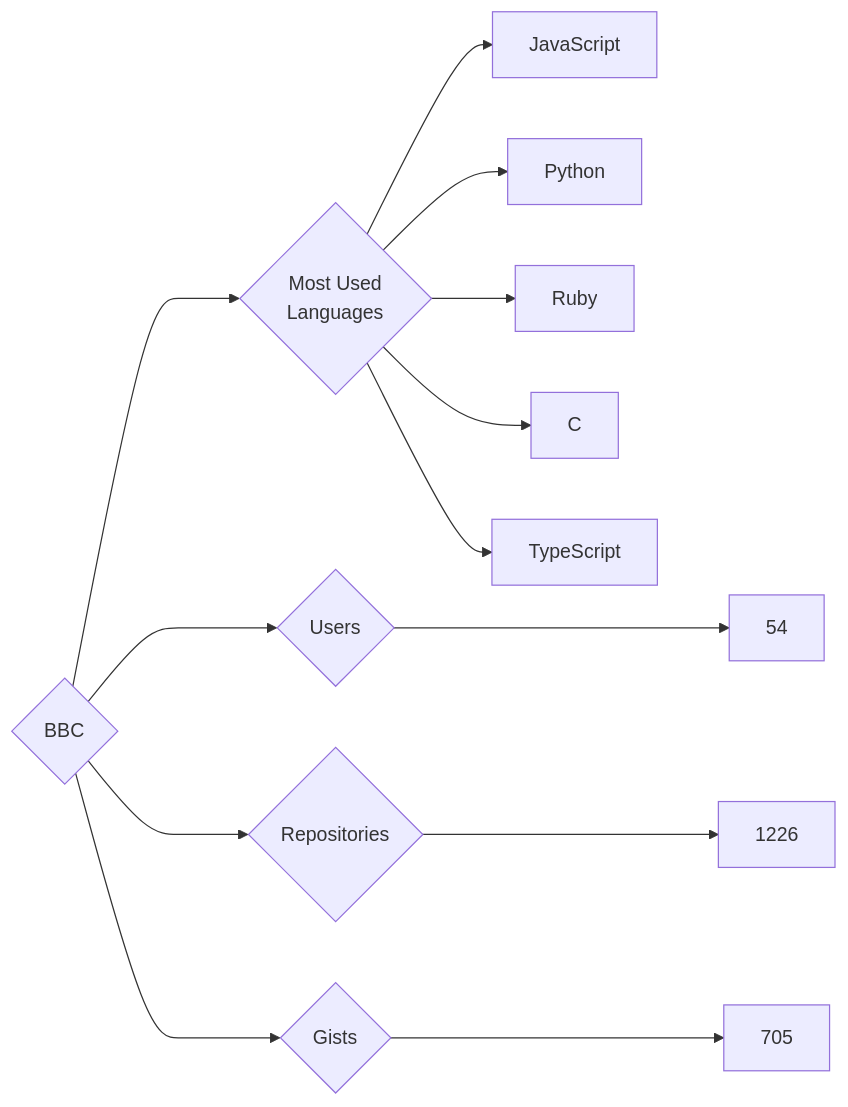
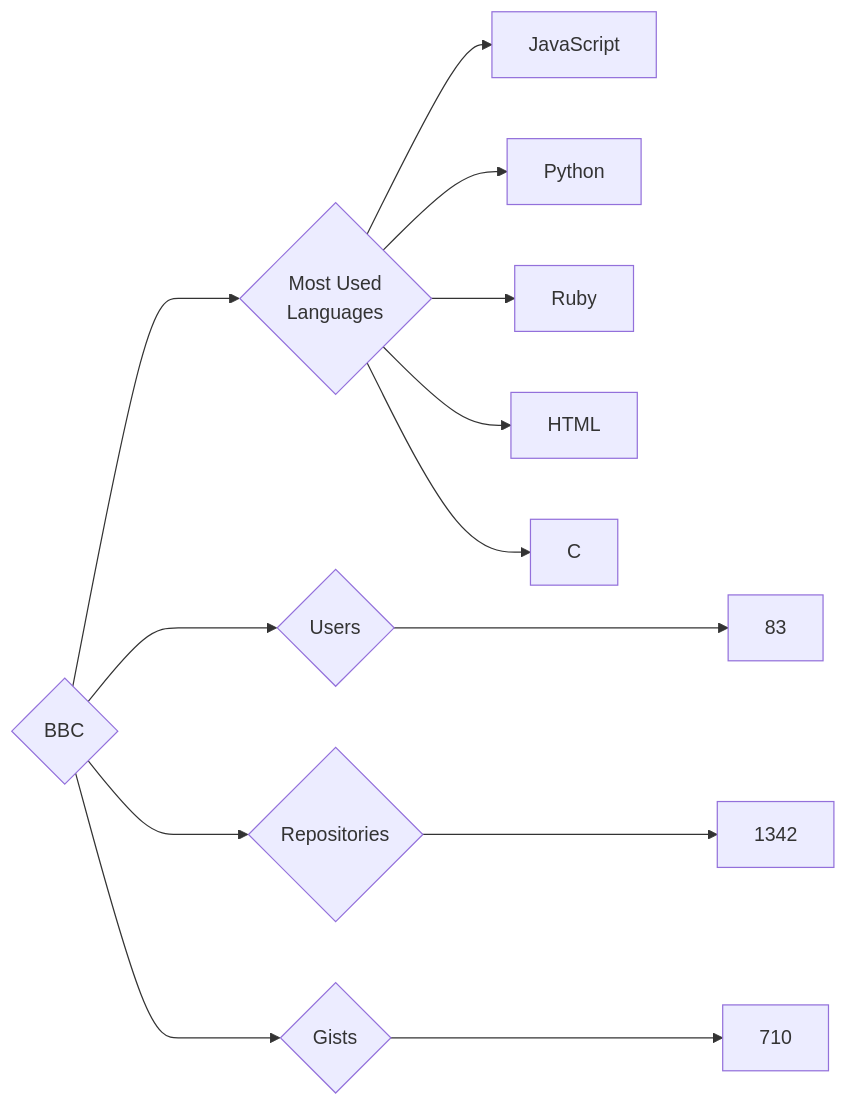
One commit to trickest/insiders changed the diagram in targets/BBC/README.md. Above: the diagram before and after it, drawn with Mermaid. The commit also changed 720 other files, not shown here.

````diff
--- a/targets/BBC/README.md
+++ b/targets/BBC/README.md
@@ -3,13 +3,13 @@
 ```mermaid
 graph LR
 COMPANY_NAME{BBC}
-COMPANY_NAME ---> U{Users} ---> UN[54]
-COMPANY_NAME ---> R{Repositories} ---> RN[1226]
-COMPANY_NAME ---> G{Gists} ---> GN[705]
+COMPANY_NAME ---> U{Users} ---> UN[83]
+COMPANY_NAME ---> R{Repositories} ---> RN[1342]
+COMPANY_NAME ---> G{Gists} ---> GN[710]
 COMPANY_NAME ---> ML{Most Used<br>Languages}
 ML --> JavaScript[JavaScript]
 ML --> Python[Python]
 ML --> Ruby[Ruby]
+ML --> HTML[HTML]
 ML --> C[C]
-ML --> TypeScript[TypeScript]
 ```
````
